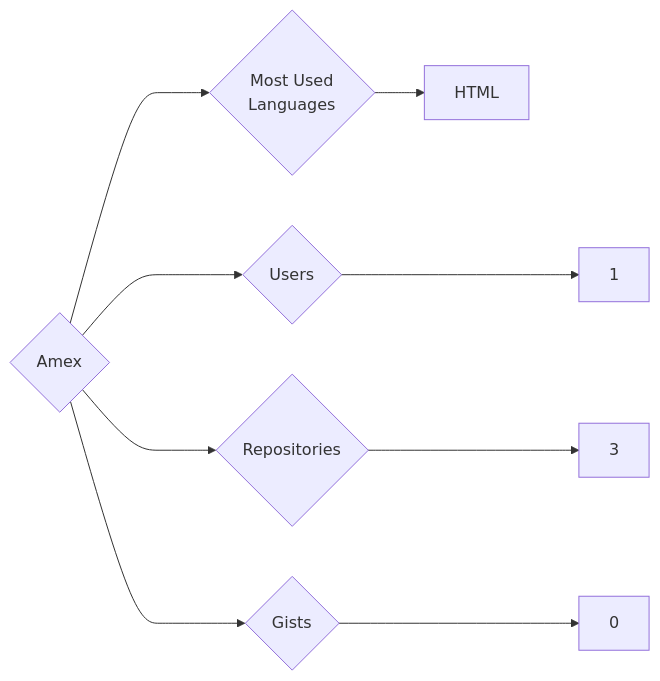
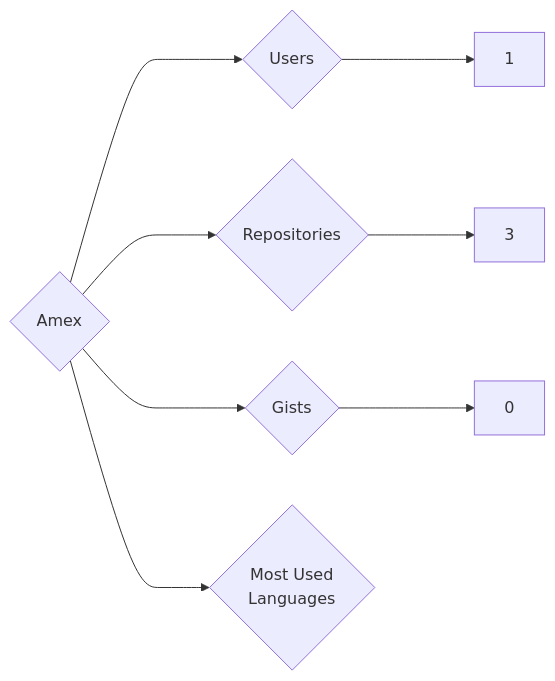
The diagram in targets/Amex/README.md (trickest/insiders), drawn with Mermaid before and after one commit. The commit also changed 934 other files, not shown here.

````diff
--- a/targets/Amex/README.md
+++ b/targets/Amex/README.md
@@ -3,9 +3,8 @@
 ```mermaid
 graph LR
 COMPANY_NAME{Amex}
 COMPANY_NAME ---> U{Users} ---> UN[1]
 COMPANY_NAME ---> R{Repositories} ---> RN[3]
 COMPANY_NAME ---> G{Gists} ---> GN[0]
 COMPANY_NAME ---> ML{Most Used<br>Languages}
-ML --> HTML[HTML]
 ```
````
